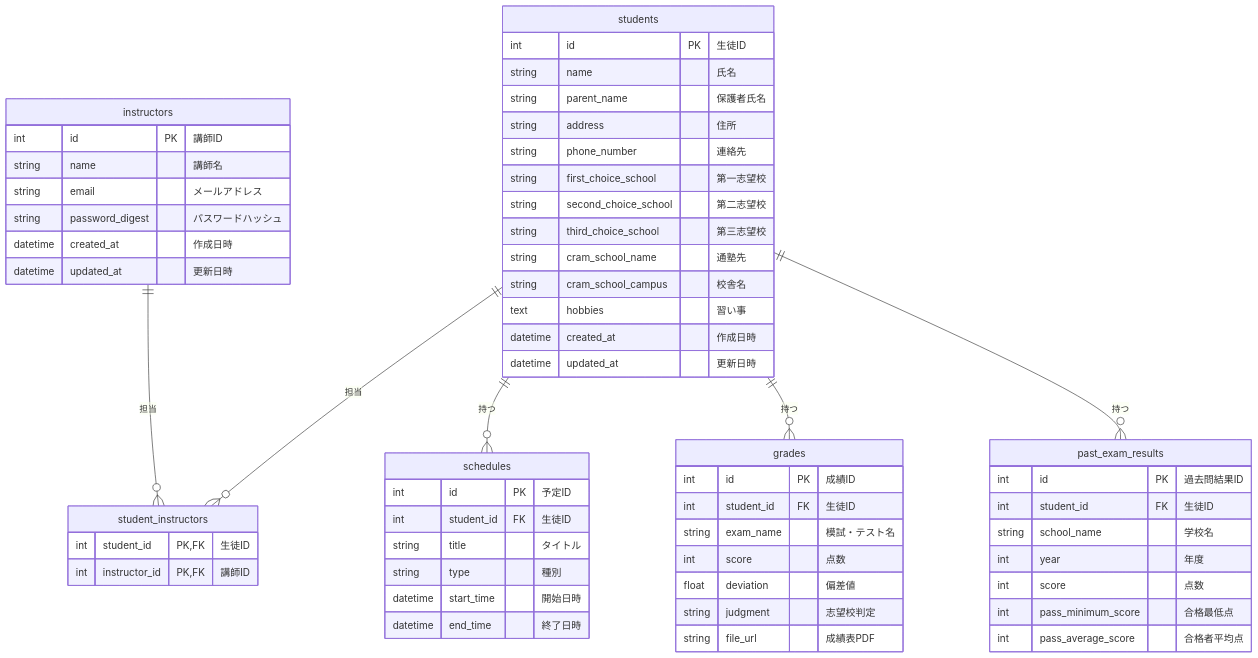
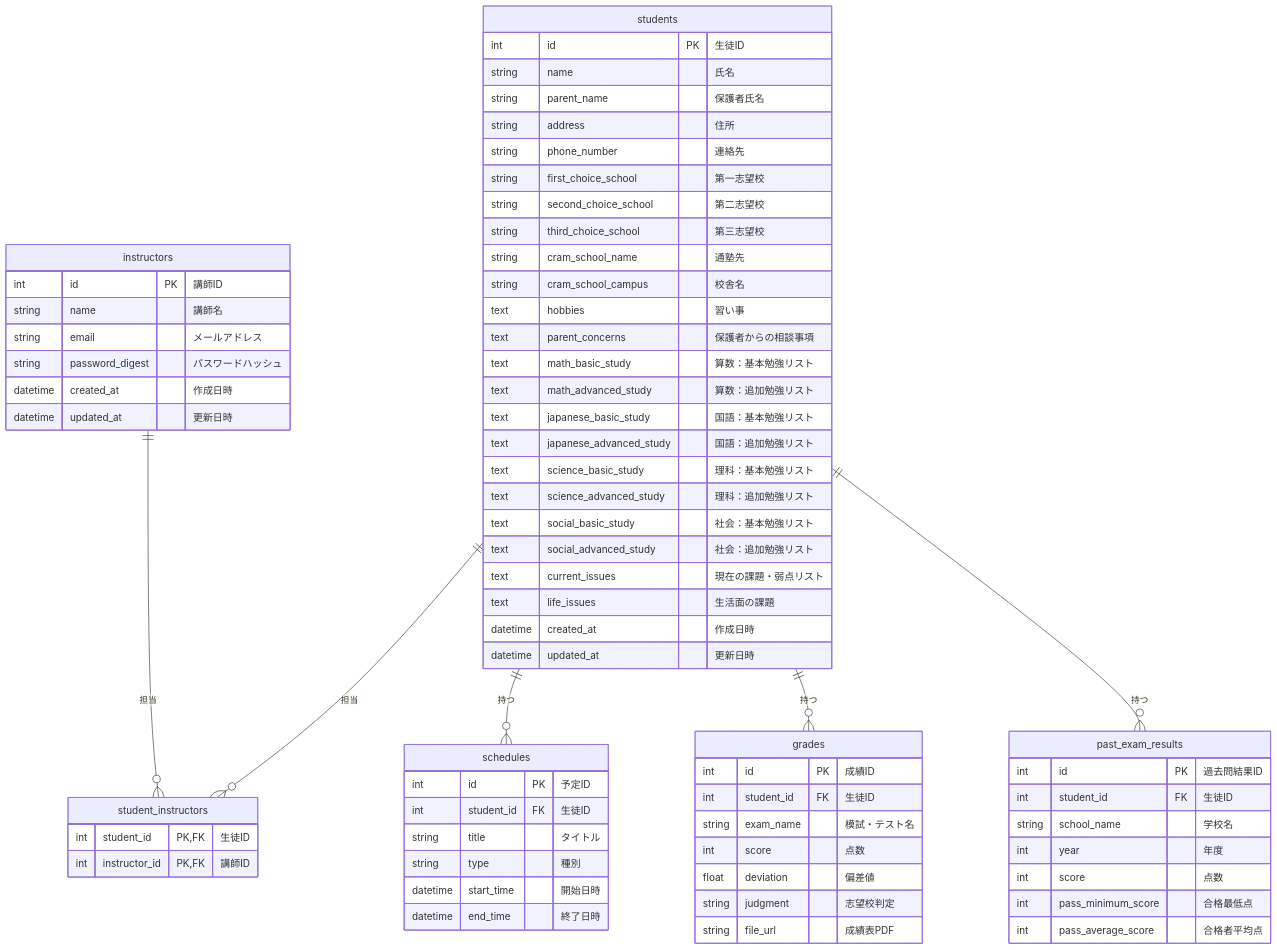
The diagram in docs/architecture/db_schema.md (itsuki2003/TodaiBansou_StuDashboard), drawn with Mermaid before and after one commit. The commit also changed 1 other file, not shown here.

Commit message:
feat: Add requirement for learning status tab and update DB schema

````diff
--- a/docs/architecture/db_schema.md
+++ b/docs/architecture/db_schema.md
@@ -5,67 +5,78 @@
 ```mermaid
 erDiagram
     instructors {
         int id PK "講師ID"
         string name "講師名"
         string email "メールアドレス"
         string password_digest "パスワードハッシュ"
         datetime created_at "作成日時"
         datetime updated_at "更新日時"
     }
 
     students {
         int id PK "生徒ID"
         string name "氏名"
         string parent_name "保護者氏名"
         string address "住所"
         string phone_number "連絡先"
         string first_choice_school "第一志望校"
         string second_choice_school "第二志望校"
         string third_choice_school "第三志望校"
         string cram_school_name "通塾先"
         string cram_school_campus "校舎名"
         text hobbies "習い事"
+        text parent_concerns "保護者からの相談事項"
+        text math_basic_study "算数：基本勉強リスト"
+        text math_advanced_study "算数：追加勉強リスト"
+        text japanese_basic_study "国語：基本勉強リスト"
+        text japanese_advanced_study "国語：追加勉強リスト"
+        text science_basic_study "理科：基本勉強リスト"
+        text science_advanced_study "理科：追加勉強リスト"
+        text social_basic_study "社会：基本勉強リスト"
+        text social_advanced_study "社会：追加勉強リスト"
+        text current_issues "現在の課題・弱点リスト"
+        text life_issues "生活面の課題"
         datetime created_at "作成日時"
         datetime updated_at "更新日時"
     }
 
     schedules {
         int id PK "予定ID"
         int student_id FK "生徒ID"
         string title "タイトル"
         string type "種別"
         datetime start_time "開始日時"
         datetime end_time "終了日時"
     }
 
     grades {
         int id PK "成績ID"
         int student_id FK "生徒ID"
         string exam_name "模試・テスト名"
         int score "点数"
         float deviation "偏差値"
         string judgment "志望校判定"
         string file_url "成績表PDF"
     }
 
     past_exam_results {
         int id PK "過去問結果ID"
         int student_id FK "生徒ID"
         string school_name "学校名"
         int year "年度"
         int score "点数"
         int pass_minimum_score "合格最低点"
         int pass_average_score "合格者平均点"
     }
 
     instructors ||--o{ student_instructors : "担当"
     students ||--o{ student_instructors : "担当"
     students ||--o{ schedules : "持つ"
     students ||--o{ grades : "持つ"
     students ||--o{ past_exam_results : "持つ"
 
     student_instructors {
         int student_id PK, FK "生徒ID"
         int instructor_id PK, FK "講師ID"
     }
 ```
````
